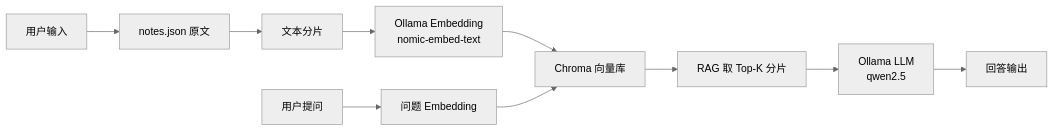
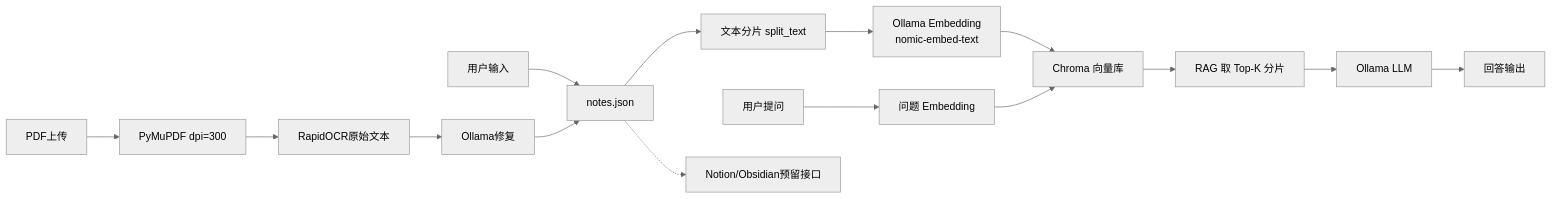
Before and after one commit to 12138Genggeng/ollama-smart-notepad: the diagram in README.md, drawn with Mermaid (neutral theme). The commit also changed other lines of this file and 7 other files, not shown here.

Commit message:
feat: 支持 PDF OCR 与 AI 修复入库，并预留外部笔记 API 接口

````diff
--- a/README.md
+++ b/README.md
@@ -64,12 +69,17 @@
 ```mermaid
 flowchart LR
-    U[用户输入] --> JSON[notes.json 原文]
-    JSON --> SPLIT[文本分片]
+    U[用户输入] --> JSON[notes.json]
+    PDF[PDF上传] --> IMG[PyMuPDF dpi=300]
+    IMG --> OCR[RapidOCR原始文本]
+    OCR --> FIX[Ollama修复]
+    FIX --> JSON
+    JSON --> SPLIT[文本分片 split_text]
     SPLIT --> EMB[Ollama Embedding<br/>nomic-embed-text]
     EMB --> CHROMA[Chroma 向量库]
     Q[用户提问] --> QEMB[问题 Embedding]
     QEMB --> CHROMA
     CHROMA --> RAG[RAG 取 Top-K 分片]
-    RAG --> LLM[Ollama LLM<br/>qwen2.5]
+    RAG --> LLM[Ollama LLM]
     LLM --> OUT[回答输出]
+    JSON -.-> API[Notion/Obsidian预留接口]
 ```
````
